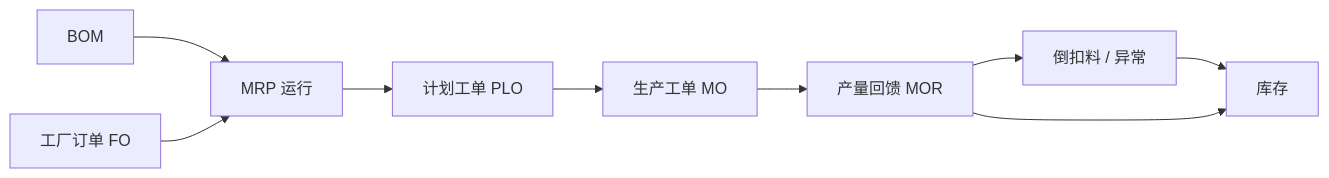
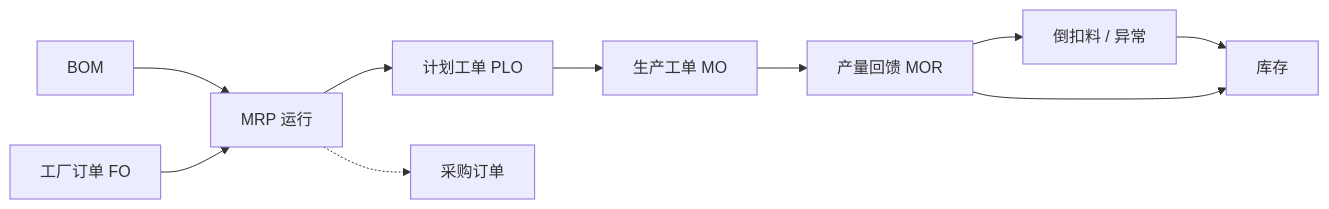
One commit to Micron818/lychee-doc changed the diagram in user_training/zh/00-overview/04-plan-to-produce.md. Above: the diagram before and after it, drawn with Mermaid. The commit also changed other lines of this file and 19 other files, not shown here.

````diff
--- a/user_training/zh/00-overview/04-plan-to-produce.md
+++ b/user_training/zh/00-overview/04-plan-to-produce.md
@@ -12,17 +12,19 @@
 ```mermaid
 flowchart LR
   BOM[BOM]
   FO[工厂订单 FO]
   MRP[MRP 运行]
   PLO[计划工单 PLO]
   MO[生产工单 MO]
   MOR[产量回馈 MOR]
   BF[倒扣料 / 异常]
   STK[库存]
+  PO[采购订单]
 
   BOM --> MRP
   FO --> MRP
   MRP --> PLO --> MO --> MOR --> BF
   BF --> STK
   MOR --> STK
+  MRP -.-> PO
 ```
````
